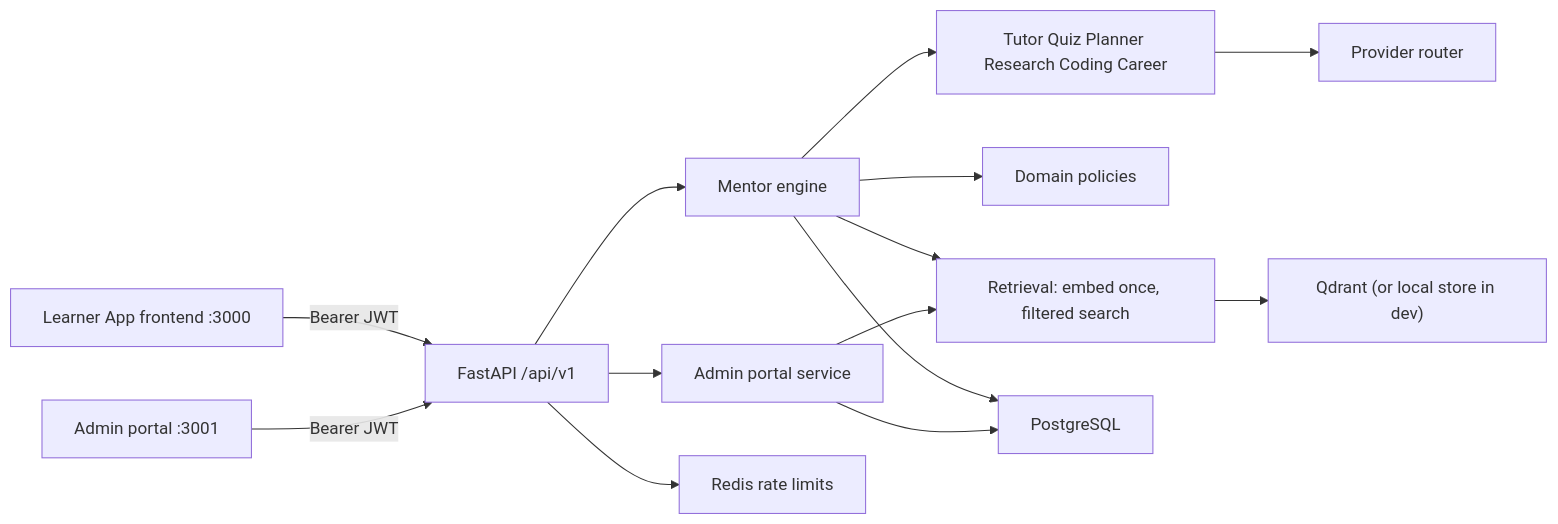
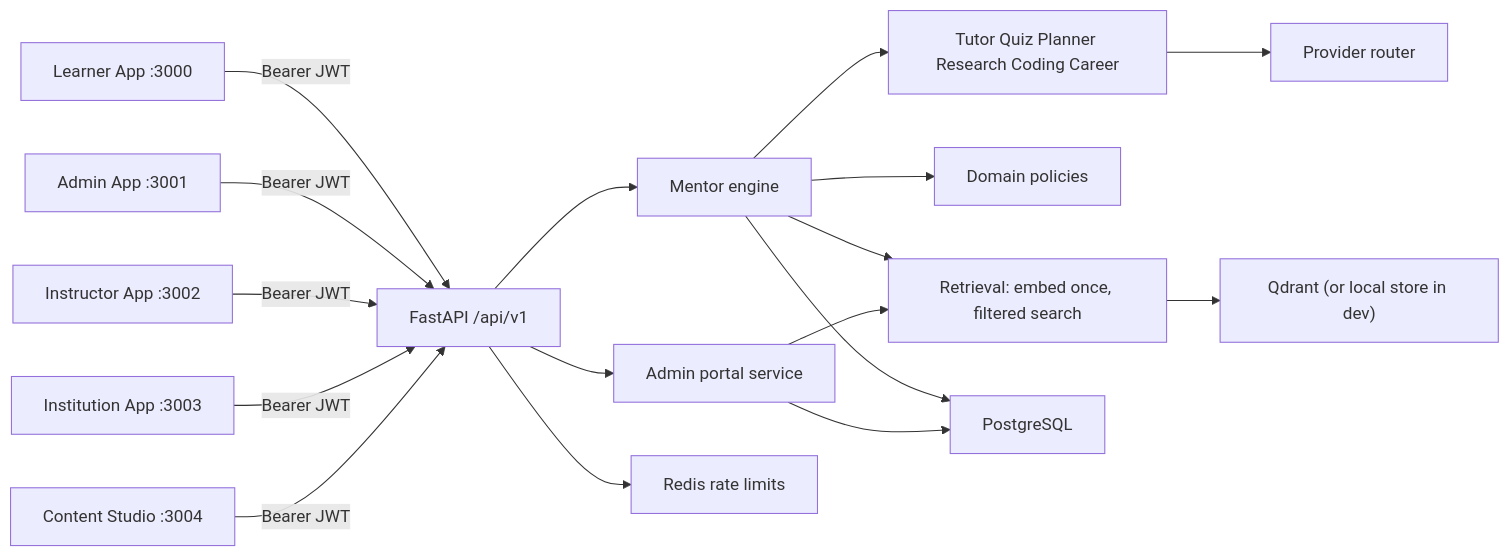
One commit to Nditah/AI-Mentor changed the first of 2 diagrams in docs/Architecture.md. Above: the diagram before and after it, drawn with Mermaid. The commit also changed other lines of this file and 239 other files, not shown here.

````diff
--- a/docs/Architecture.md
+++ b/docs/Architecture.md
@@ -7,29 +7,35 @@
 ```mermaid
 flowchart LR
-  Learner["Learner App frontend :3000"]
-  Admin["Admin portal :3001"]
+  Learner["Learner App :3000"]
+  Admin["Admin App :3001"]
+  Instructor["Instructor App :3002"]
+  Institution["Institution App :3003"]
+  Studio["Content Studio :3004"]
   API["FastAPI /api/v1"]
   Engine["Mentor engine"]
   Portal["Admin portal service"]
   Retrieval["Retrieval: embed once, filtered search"]
   Domain["Domain policies"]
   Agents["Tutor Quiz Planner Research Coding Career"]
   Models["Provider router"]
   PG["PostgreSQL"]
   QD["Qdrant (or local store in dev)"]
   RD["Redis rate limits"]
 
   Learner -->|Bearer JWT| API
   Admin -->|Bearer JWT| API
+  Instructor -->|Bearer JWT| API
+  Institution -->|Bearer JWT| API
+  Studio -->|Bearer JWT| API
   API --> RD
   API --> Engine
   API --> Portal
   Engine --> Domain
   Engine --> Agents
   Agents --> Models
   Engine --> Retrieval
   Portal --> Retrieval
   Retrieval --> QD
   Engine --> PG
   Portal --> PG
 ```
````
